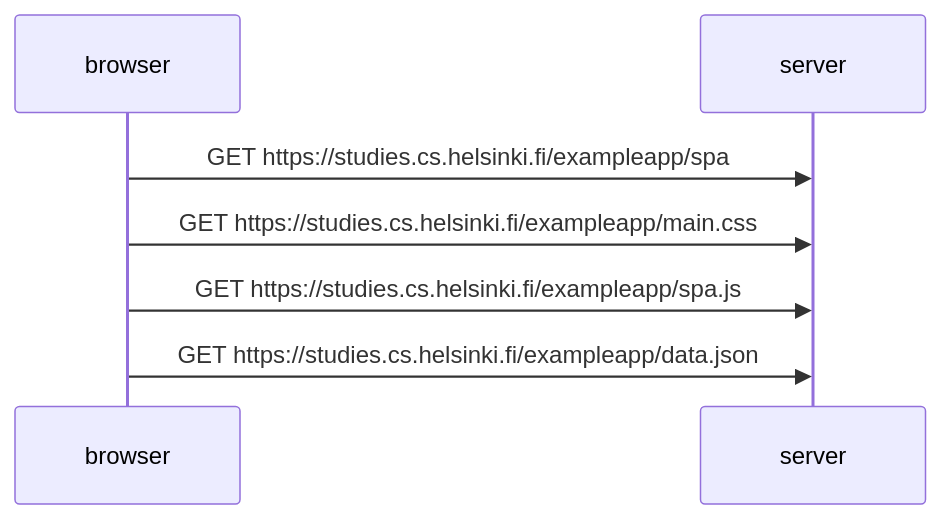
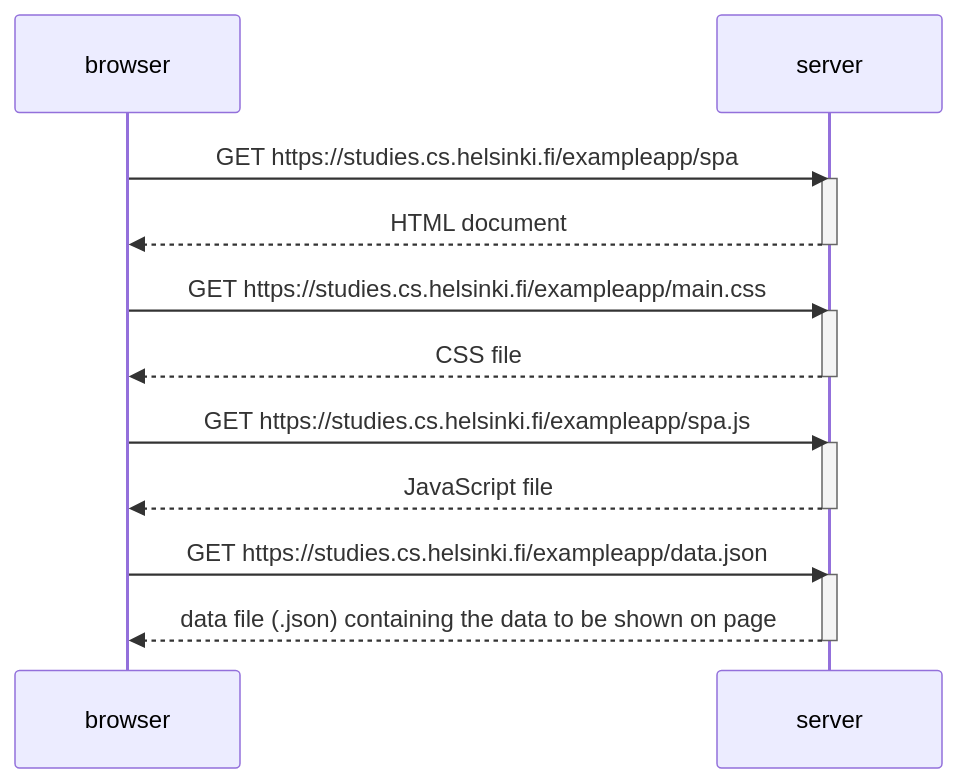
One commit to qcc42/fullstackopen changed the diagram in part0/0.5.md. Above: the diagram before and after it, drawn with Mermaid.

Commit message:
Added more details to the solution.

````diff
--- a/part0/0.5.md
+++ b/part0/0.5.md
@@ -1,11 +1,26 @@
 ```mermaid
 sequenceDiagram
     participant browser
     participant server
 
     browser->>server: GET https://studies.cs.helsinki.fi/exampleapp/spa
+    activate server
+    server-->>browser: HTML document
+    deactivate server
+
     browser->>server: GET https://studies.cs.helsinki.fi/exampleapp/main.css
+    activate server
+    server-->>browser: CSS file
+    deactivate server
+
     browser->>server: GET https://studies.cs.helsinki.fi/exampleapp/spa.js
+    activate server
+    server-->>browser: JavaScript file
+    deactivate server
+
     browser->>server: GET https://studies.cs.helsinki.fi/exampleapp/data.json
-    
+    activate server
+    server-->>browser: data file (.json) containing the data to be shown on page
+    deactivate server
+
 ```
````
